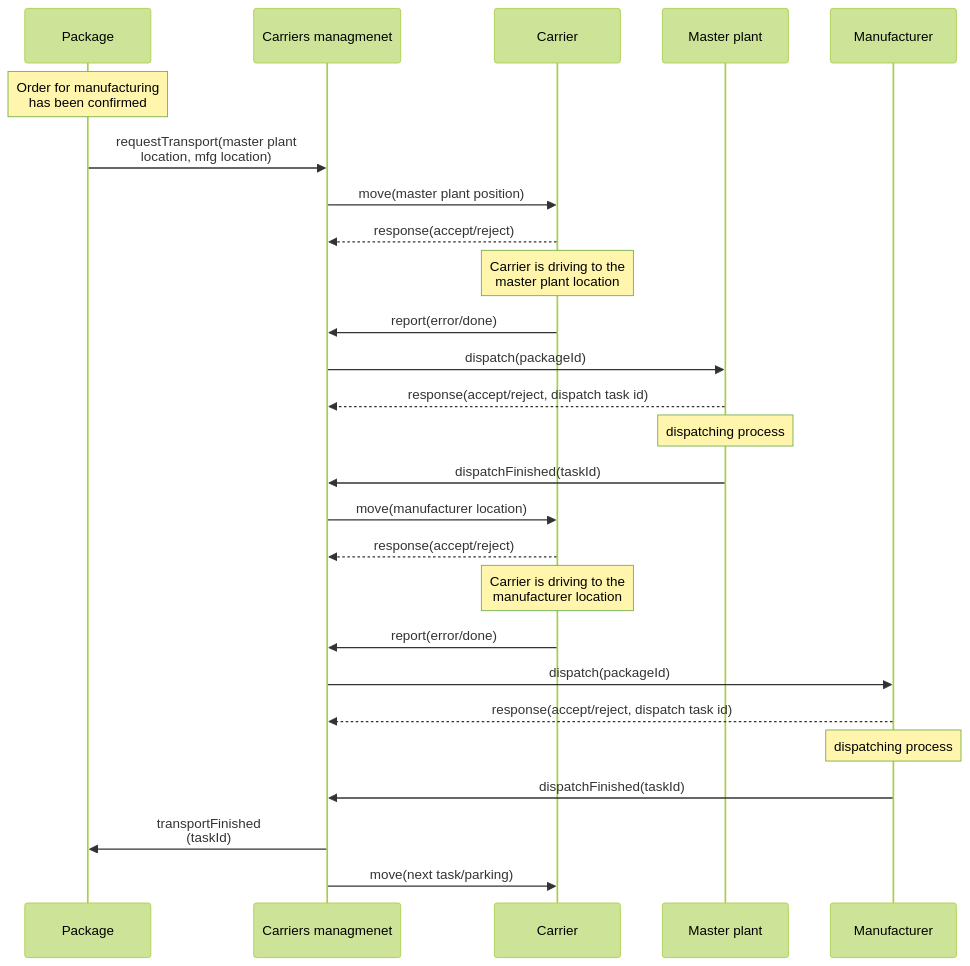
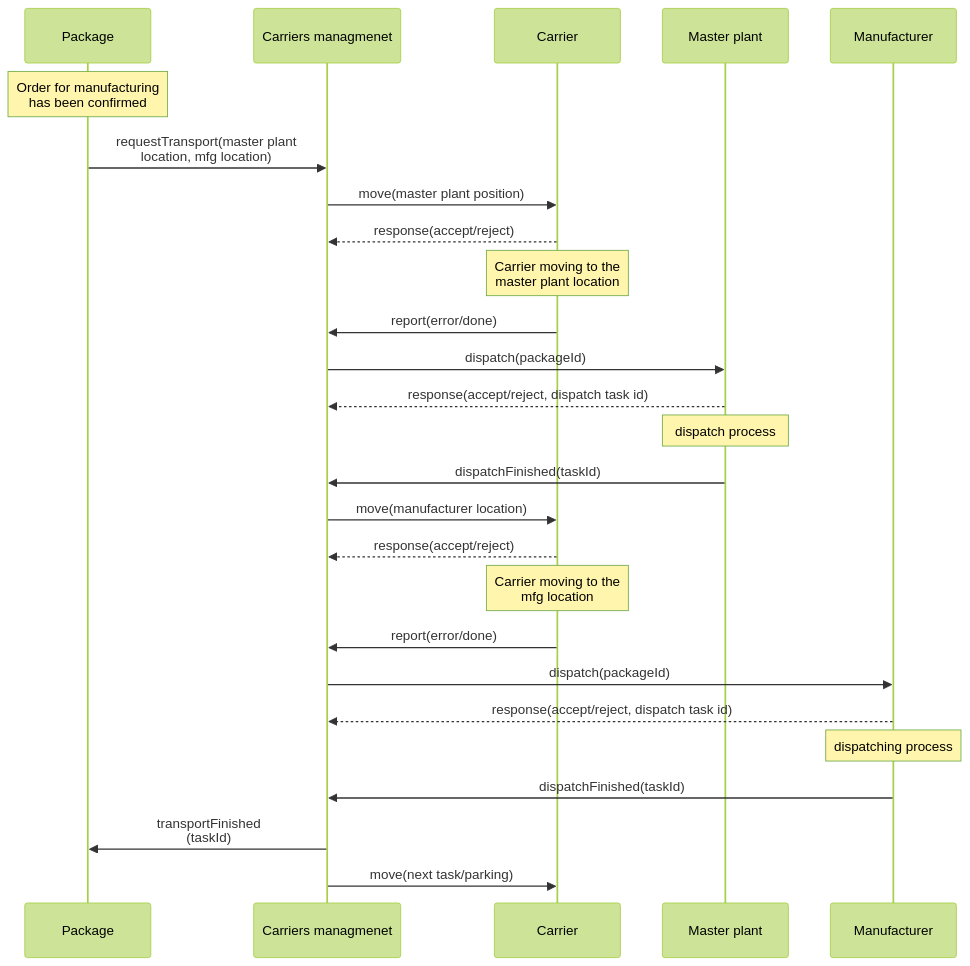
Before and after one commit to fsprojekti/shr-mfg-platform: the second of 2 diagrams in README.md, drawn with Mermaid (forest theme).

````diff
--- a/README.md
+++ b/README.md
@@ -75,32 +75,32 @@
 ```mermaid
 
 sequenceDiagram
 participant P as Package
     Note over P: Order for manufacturing <br>has been confirmed
 participant C as Carriers managmenet
 participant A as Carrier
 participant O as Master plant 
 participant M as Manufacturer 
 
 P->>C: requestTransport(master plant <br>location, mfg location)
 C->>A: move(master plant position)
 A-->>C: response(accept/reject)
-Note over A: Carrier is driving to the <br>master plant location
+Note over A: Carrier moving to the <br>master plant location
 A->>C: report(error/done)
 C->>O: dispatch(packageId)
 O-->>C: response(accept/reject, dispatch task id)
-Note over O: dispatching process
+Note over O: dispatch process
 O->>C: dispatchFinished(taskId)
 C->>A: move(manufacturer location)
 
 A-->>C: response(accept/reject)
-Note over A: Carrier is driving to the <br>manufacturer location
+Note over A: Carrier moving to the <br>mfg location
 A->>C: report(error/done)
 C->>M: dispatch(packageId)
 M-->>C: response(accept/reject, dispatch task id)
 Note over M: dispatching process
 M->>C: dispatchFinished(taskId)
 C->>P: transportFinished <br>(taskId)
 C->>A: move(next task/parking)
 
 ```
````
